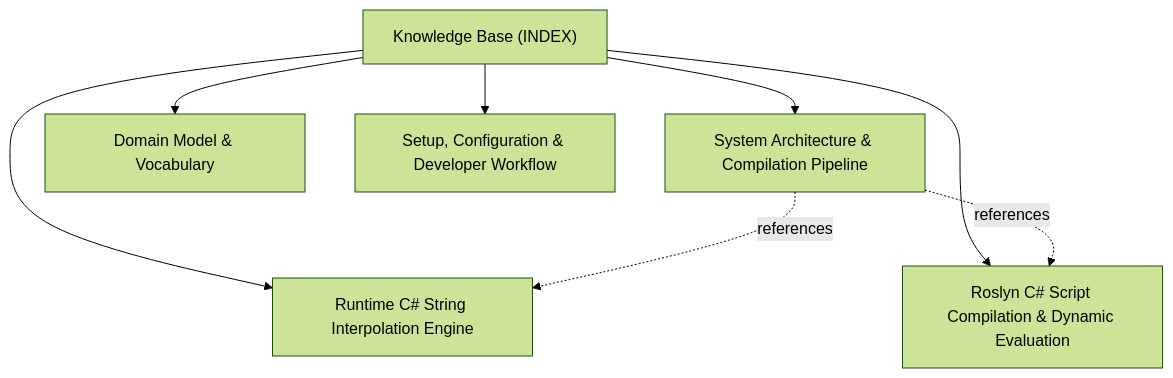
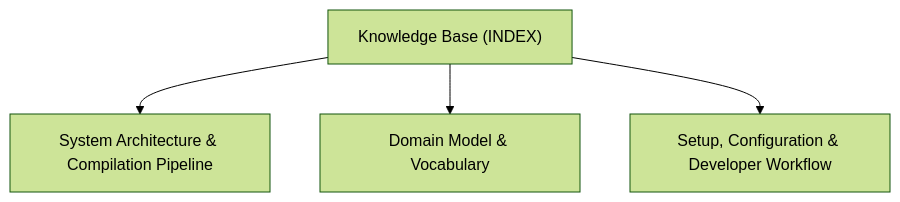
The diagram in ActDim.Emitron/docs/INDEX.md (actdim/practix), drawn with Mermaid (forest theme) before and after one commit. The commit also changed other lines of this file and 247 other files, not shown here.

````diff
--- a/ActDim.Emitron/docs/INDEX.md
+++ b/ActDim.Emitron/docs/INDEX.md
@@ -18,16 +18,10 @@
 ```mermaid
 flowchart TD
     INDEX["Knowledge Base (INDEX)"]
     T_ARCHITECTURE["System Architecture & Compilation Pipeline"]
     INDEX --> T_ARCHITECTURE
-    T_CSHARP_SCRIPT_EVALUATION["Roslyn C# Script Compilation & Dynamic Evaluation"]
-    INDEX --> T_CSHARP_SCRIPT_EVALUATION
     T_DOMAIN_MODEL["Domain Model & Vocabulary"]
     INDEX --> T_DOMAIN_MODEL
-    T_RUNTIME_STRING_INTERPOLATION["Runtime C# String Interpolation Engine"]
-    INDEX --> T_RUNTIME_STRING_INTERPOLATION
     T_SETUP_AND_WORKFLOW["Setup, Configuration & Developer Workflow"]
     INDEX --> T_SETUP_AND_WORKFLOW
-    T_ARCHITECTURE -.->|references| T_RUNTIME_STRING_INTERPOLATION
-    T_ARCHITECTURE -.->|references| T_CSHARP_SCRIPT_EVALUATION
 ```
````
